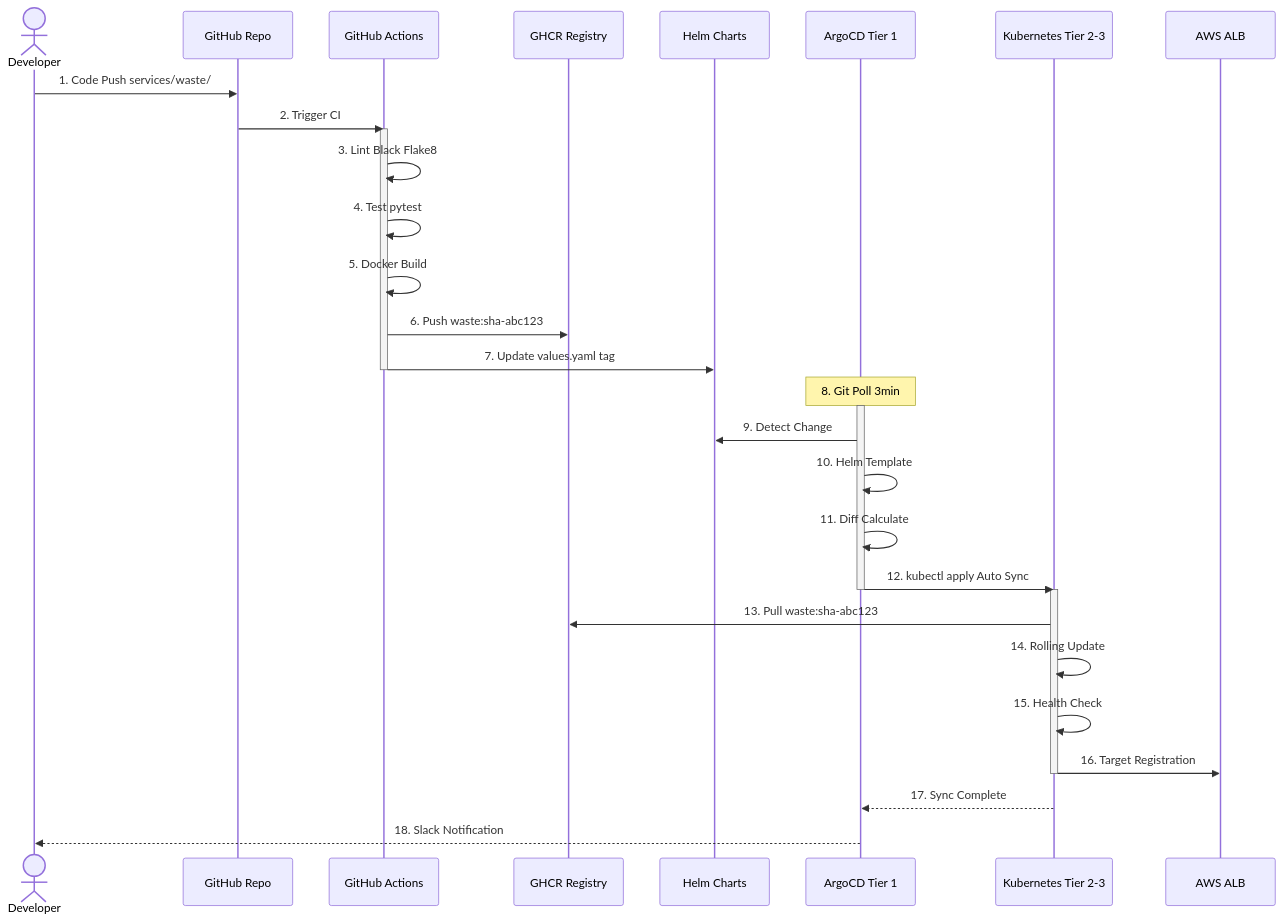
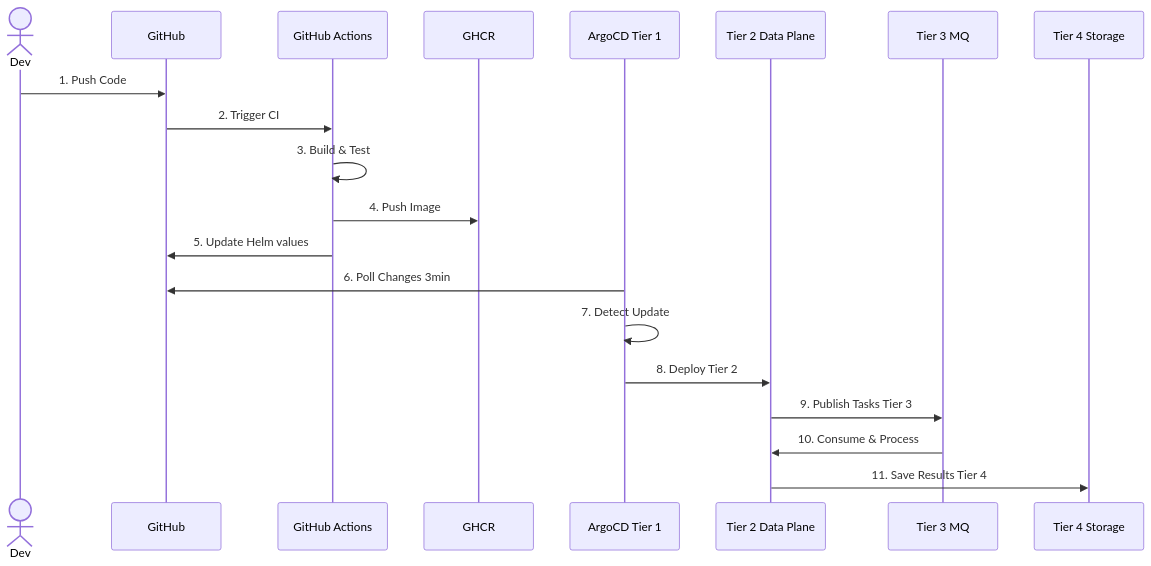
Before and after one commit to SeSACTHON/backend: the second of 3 diagrams in docs/architecture/final-k8s-architecture.md, drawn with Mermaid. The commit also changed other lines of this file, not shown here.

First line of the commit message:
docs: Rewrite final-k8s-architecture with correct 4-Tier definition

````diff
--- a/docs/architecture/final-k8s-architecture.md
+++ b/docs/architecture/final-k8s-architecture.md
@@ -438,41 +304,25 @@
 ```mermaid
 sequenceDiagram
-    actor Dev as Developer
-    participant GH as GitHub Repo
+    actor Dev
+    participant GH as GitHub
     participant GHA as GitHub Actions
-    participant GHCR as GHCR Registry
-    participant Helm as Helm Charts
+    participant GHCR as GHCR
     participant Argo as ArgoCD Tier 1
-    participant K8s as Kubernetes Tier 2-3
-    participant ALB as AWS ALB
+    participant API as Tier 2 Data Plane
+    participant MQ as Tier 3 MQ
+    participant DB as Tier 4 Storage
     
-    Dev->>GH: 1. Code Push services/waste/
+    Dev->>GH: 1. Push Code
     GH->>GHA: 2. Trigger CI
+    GHA->>GHA: 3. Build & Test
+    GHA->>GHCR: 4. Push Image
+    GHA->>GH: 5. Update Helm values
     
-    activate GHA
-    GHA->>GHA: 3. Lint Black Flake8
-    GHA->>GHA: 4. Test pytest
-    GHA->>GHA: 5. Docker Build
-    GHA->>GHCR: 6. Push waste:sha-abc123
-    GHA->>Helm: 7. Update values.yaml tag
-    deactivate GHA
+    Argo->>GH: 6. Poll Changes 3min
+    Argo->>Argo: 7. Detect Update
+    Argo->>API: 8. Deploy Tier 2
     
-    Note over Argo: 8. Git Poll 3min
-    
-    activate Argo
-    Argo->>Helm: 9. Detect Change
-    Argo->>Argo: 10. Helm Template
-    Argo->>Argo: 11. Diff Calculate
-    Argo->>K8s: 12. kubectl apply Auto Sync
-    deactivate Argo
-    
-    activate K8s
-    K8s->>GHCR: 13. Pull waste:sha-abc123
-    K8s->>K8s: 14. Rolling Update
-    K8s->>K8s: 15. Health Check
-    K8s->>ALB: 16. Target Registration
-    deactivate K8s
-    
-    K8s-->>Argo: 17. Sync Complete
-    Argo-->>Dev: 18. Slack Notification
+    API->>MQ: 9. Publish Tasks Tier 3
+    MQ->>API: 10. Consume & Process
+    API->>DB: 11. Save Results Tier 4
 ```
````
